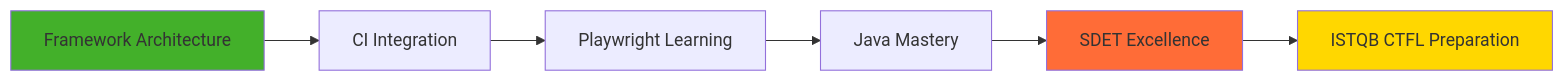
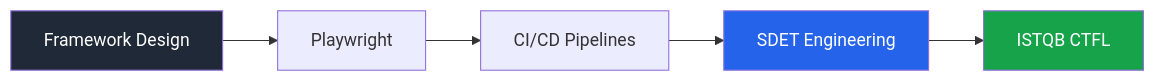
One commit to ahamedumar15/ahamedumar15 changed the diagram in README.md. Above: the diagram before and after it, drawn with Mermaid. The commit also changed other lines of this file, not shown here.

````diff
--- a/README.md
+++ b/README.md
@@ -87,11 +105,11 @@
 ```mermaid
 graph LR
-    A[Framework Architecture] --> B[CI Integration]
-    B --> C[Playwright Learning]
-    C --> D[Java Mastery]
-    D --> E[SDET Excellence]
-    E --> F[ISTQB CTFL Preparation]
-    style A fill:#43B02A
-    style E fill:#FF6C37
-    style F fill:#FFD700
+    A[Framework Design] --> B[Playwright]
+    B --> C[CI/CD Pipelines]
+    C --> D[SDET Engineering]
+    D --> E[ISTQB CTFL]
+
+    style A fill:#1f2937,color:#fff
+    style D fill:#2563eb,color:#fff
+    style E fill:#16a34a,color:#fff
 ```
````
